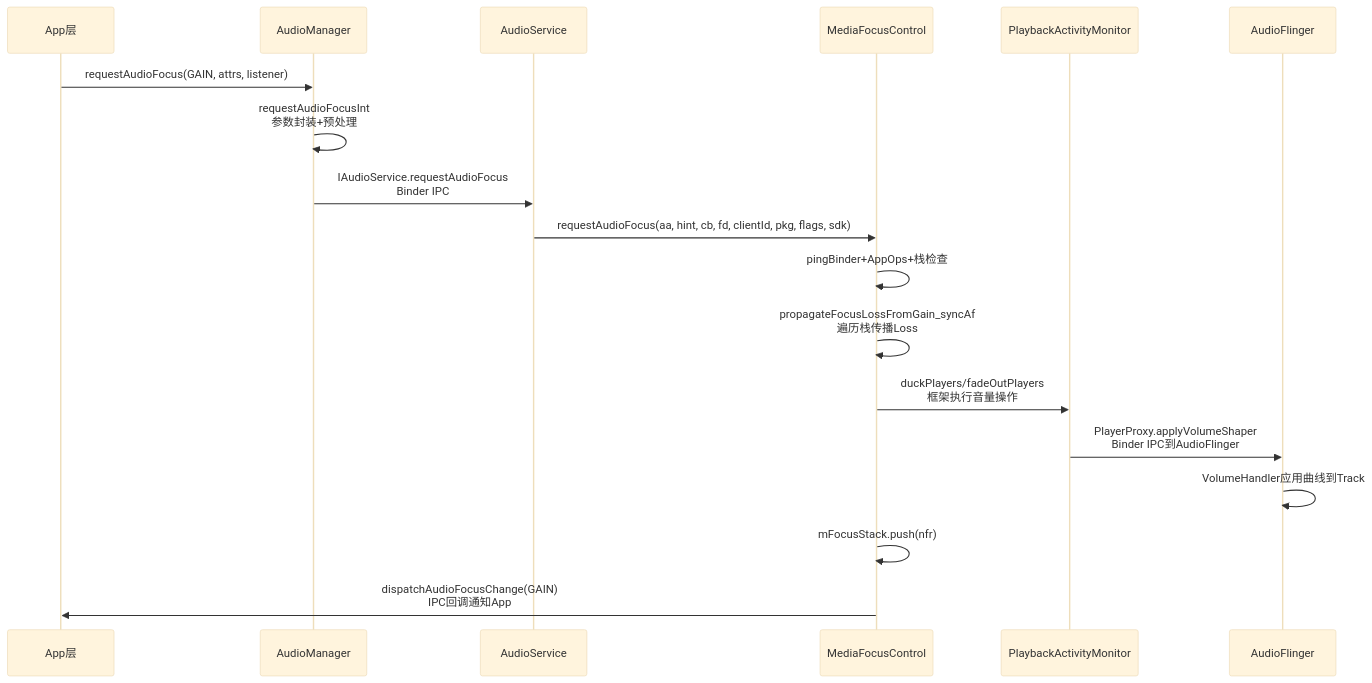
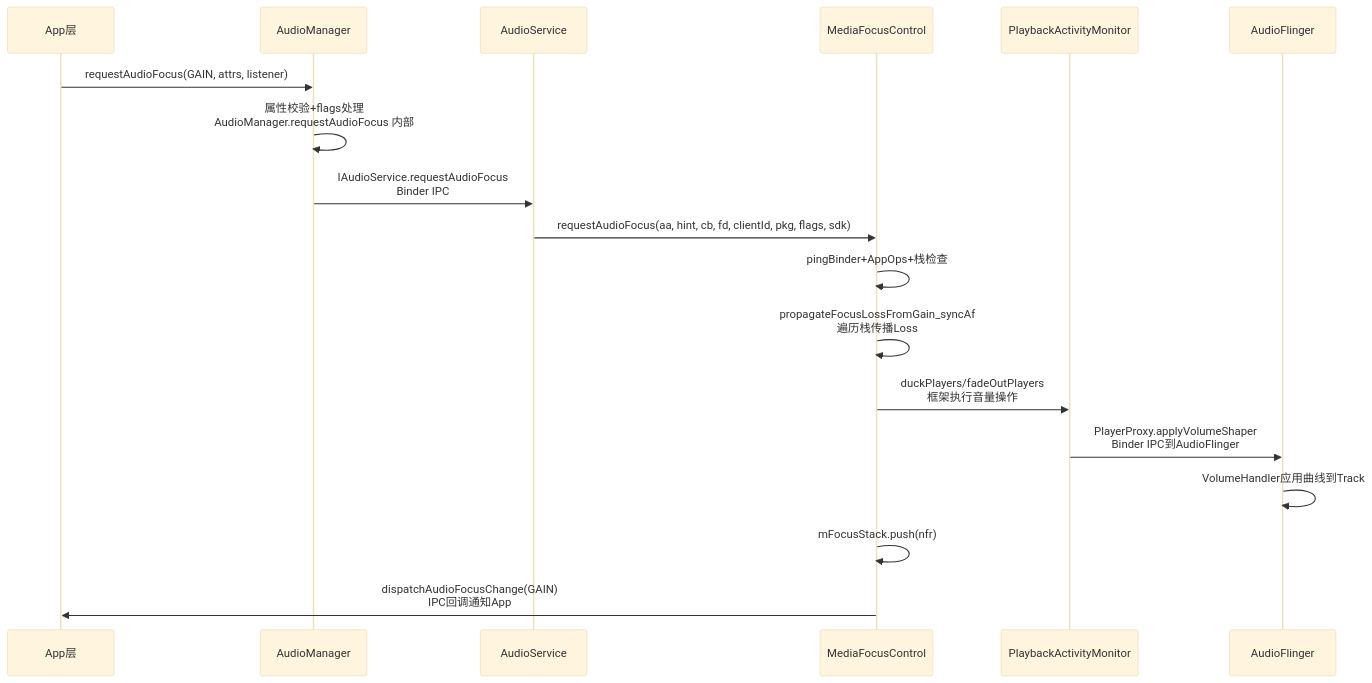
One commit to yanglinzhen1022/SA8295_AAOS_QNX_Audio_KnowledgeBase changed the first of 4 diagrams in 12_Audio_Focus_Deep_Dive/12_12.8_Audio_Focus全栈调用链.md. Above: the diagram before and after it, drawn with Mermaid (base theme). The commit also changed other lines of this file and 14 other files, not shown here.

````diff
--- a/12_Audio_Focus_Deep_Dive/12_12.8_Audio_Focus全栈调用链.md
+++ b/12_Audio_Focus_Deep_Dive/12_12.8_Audio_Focus全栈调用链.md
@@ -11,21 +11,21 @@
 ```mermaid
 sequenceDiagram
     participant App as App层
     participant AM as AudioManager
     participant AS as AudioService
     participant MFC as MediaFocusControl
     participant PAM as PlaybackActivityMonitor
     participant AF as AudioFlinger
 
     App->>AM: requestAudioFocus(GAIN, attrs, listener)
-    AM->>AM: requestAudioFocusInt<br>参数封装+预处理
+    AM->>AM: 属性校验+flags处理<br/>AudioManager.requestAudioFocus 内部
     AM->>AS: IAudioService.requestAudioFocus<br>Binder IPC
     AS->>MFC: requestAudioFocus(aa, hint, cb, fd, clientId, pkg, flags, sdk)
     MFC->>MFC: pingBinder+AppOps+栈检查
     MFC->>MFC: propagateFocusLossFromGain_syncAf<br>遍历栈传播Loss
     MFC->>PAM: duckPlayers/fadeOutPlayers<br>框架执行音量操作
     PAM->>AF: PlayerProxy.applyVolumeShaper<br>Binder IPC到AudioFlinger
     AF->>AF: VolumeHandler应用曲线到Track
     MFC->>MFC: mFocusStack.push(nfr)
     MFC->>App: dispatchAudioFocusChange(GAIN)<br>IPC回调通知App
 ```
````
